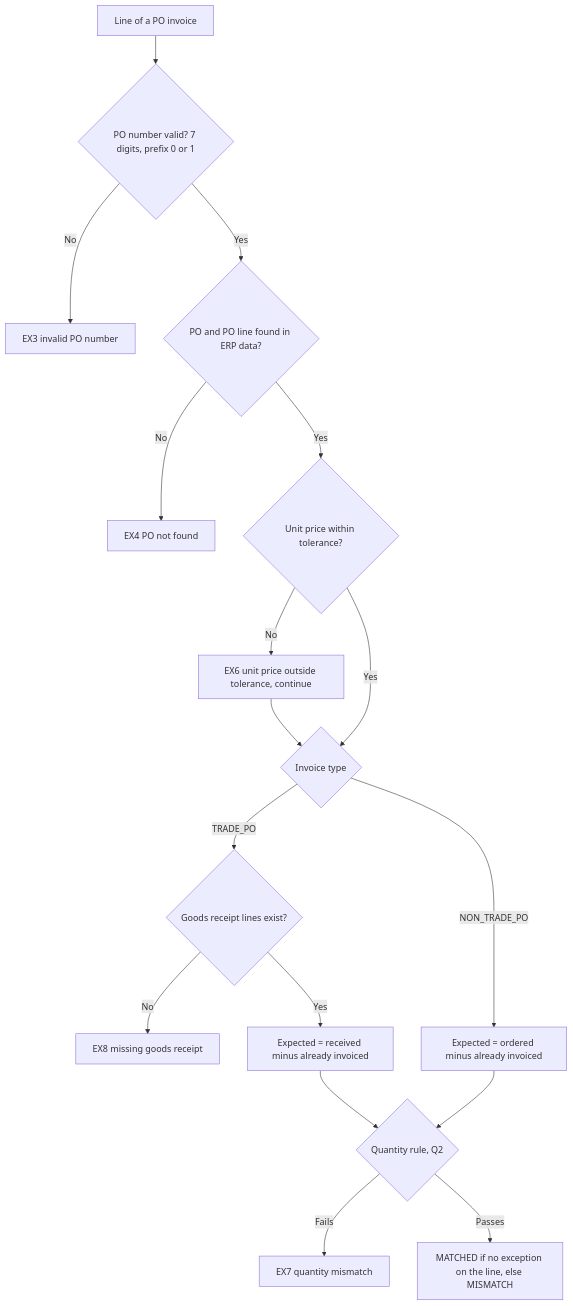
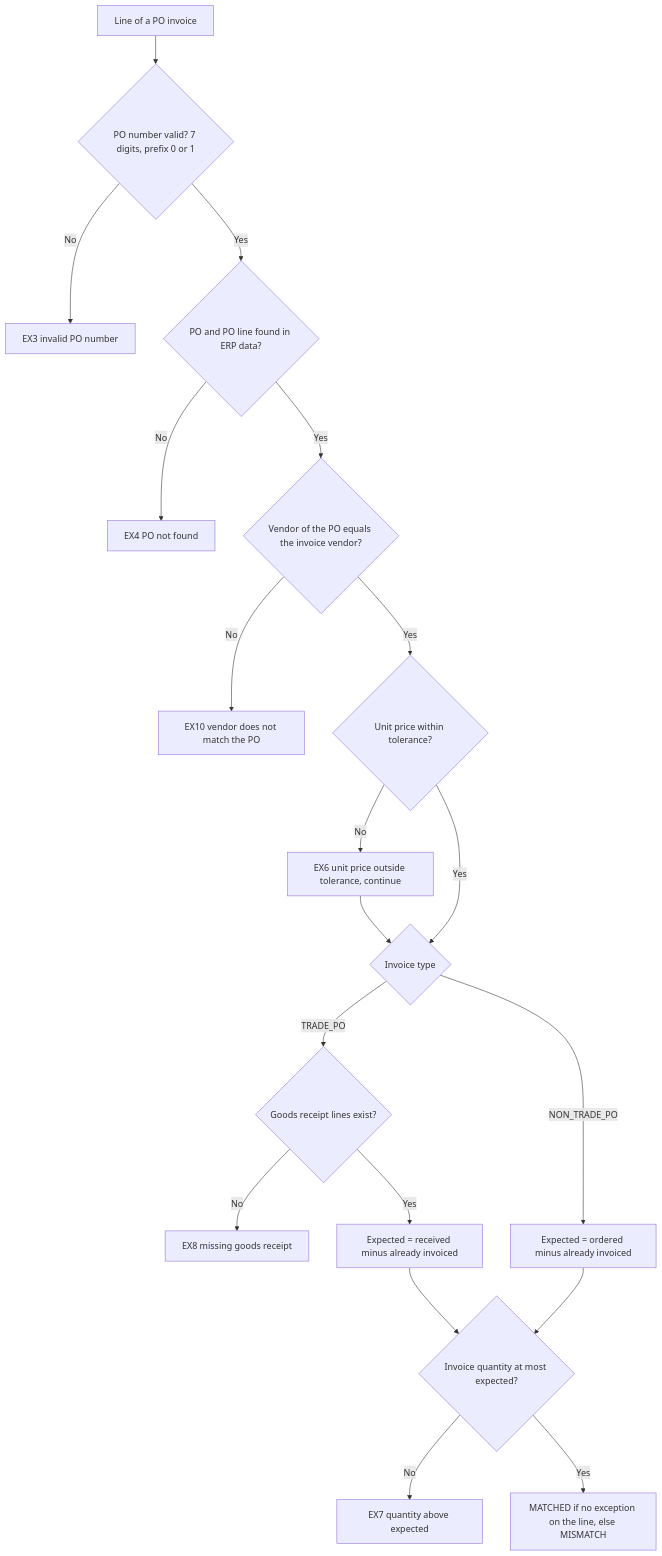
The second of 2 diagrams in docs/03-features/SAPS-19-invoice-matching.md (jiri-nguyen/SAPS), drawn with Mermaid before and after one commit. The commit also changed other lines of this file and 9 other files, not shown here.

Commit message:
docs: log DEC-031..034 (EX10, quantity rule, PO-line matching); scope v0.5; OpenAPI 0.2.0; update SAPS-19, tests, glossary

````diff
--- a/docs/03-features/SAPS-19-invoice-matching.md
+++ b/docs/03-features/SAPS-19-invoice-matching.md
@@ -108,19 +110,21 @@
 ```mermaid
 flowchart TD
     A[Line of a PO invoice] --> B{PO number valid? 7 digits, prefix 0 or 1}
     B -- No --> EX3[EX3 invalid PO number]
     B -- Yes --> C{PO and PO line found in ERP data?}
     C -- No --> EX4[EX4 PO not found]
-    C -- Yes --> D{Unit price within tolerance?}
+    C -- Yes --> V{Vendor of the PO equals the invoice vendor?}
+    V -- No --> EX10[EX10 vendor does not match the PO]
+    V -- Yes --> D{Unit price within tolerance?}
     D -- No --> EX6[EX6 unit price outside tolerance, continue]
     EX6 --> E
     D -- Yes --> E{Invoice type}
     E -- TRADE_PO --> F{Goods receipt lines exist?}
     F -- No --> EX8[EX8 missing goods receipt]
     F -- Yes --> G[Expected = received minus already invoiced]
     E -- NON_TRADE_PO --> H[Expected = ordered minus already invoiced]
-    G --> I{Quantity rule, Q2}
+    G --> I{Invoice quantity at most expected?}
     H --> I
-    I -- Fails --> EX7[EX7 quantity mismatch]
-    I -- Passes --> OK[MATCHED if no exception on the line, else MISMATCH]
+    I -- No --> EX7[EX7 quantity above expected]
+    I -- Yes --> OK[MATCHED if no exception on the line, else MISMATCH]
 ```
````
